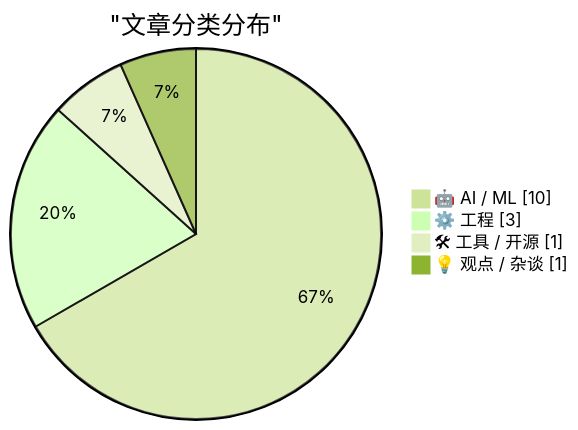
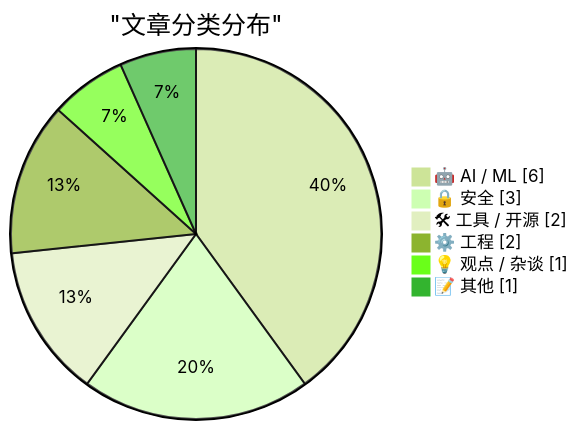
The first of 2 diagrams in digests/digest-20260805.md (Halcyon-ccc/ai-daily-digest), drawn with Mermaid (forest theme) before and after one commit. The commit also changed other lines of this file, not shown here.

````diff
--- a/digests/digest-20260805.md
+++ b/digests/digest-20260805.md
@@ -379,8 +437,10 @@
 ```mermaid
 pie showData
     title "文章分类分布"
-    "🤖 AI / ML" : 10
-    "⚙️ 工程" : 3
-    "🛠 工具 / 开源" : 1
+    "🤖 AI / ML" : 6
+    "🔒 安全" : 3
+    "🛠 工具 / 开源" : 2
+    "⚙️ 工程" : 2
     "💡 观点 / 杂谈" : 1
+    "📝 其他" : 1
 ```
````
